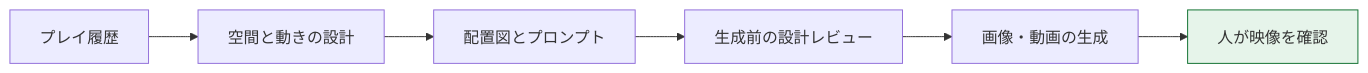
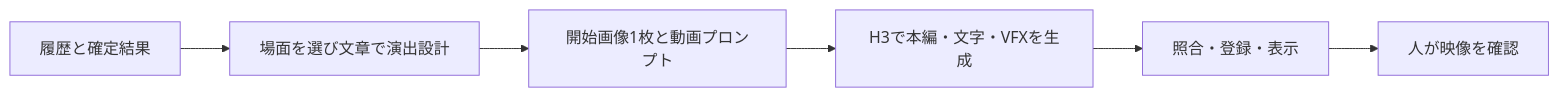
The diagram in README.md (VR-IMAGINATORS/OpenAI-Hackathon), drawn with Mermaid before and after one commit. The commit also changed other lines of this file and 20 other files, not shown here.

````diff
--- a/README.md
+++ b/README.md
@@ -57,9 +57,8 @@
 ```mermaid
 flowchart LR
-  A[プレイ履歴] --> B[空間と動きの設計]
-  B --> C[配置図とプロンプト]
-  C --> D[生成前の設計レビュー]
-  D --> E[画像・動画の生成]
+  A[履歴と確定結果] --> B[場面を選び文章で演出設計]
+  B --> C[開始画像1枚と動画プロンプト]
+  C --> D[H3で本編・文字・VFXを生成]
+  D --> E[照合・登録・表示]
   E --> F[人が映像を確認]
-  style F fill:#e6f4ea,stroke:#137333
 ```
````
